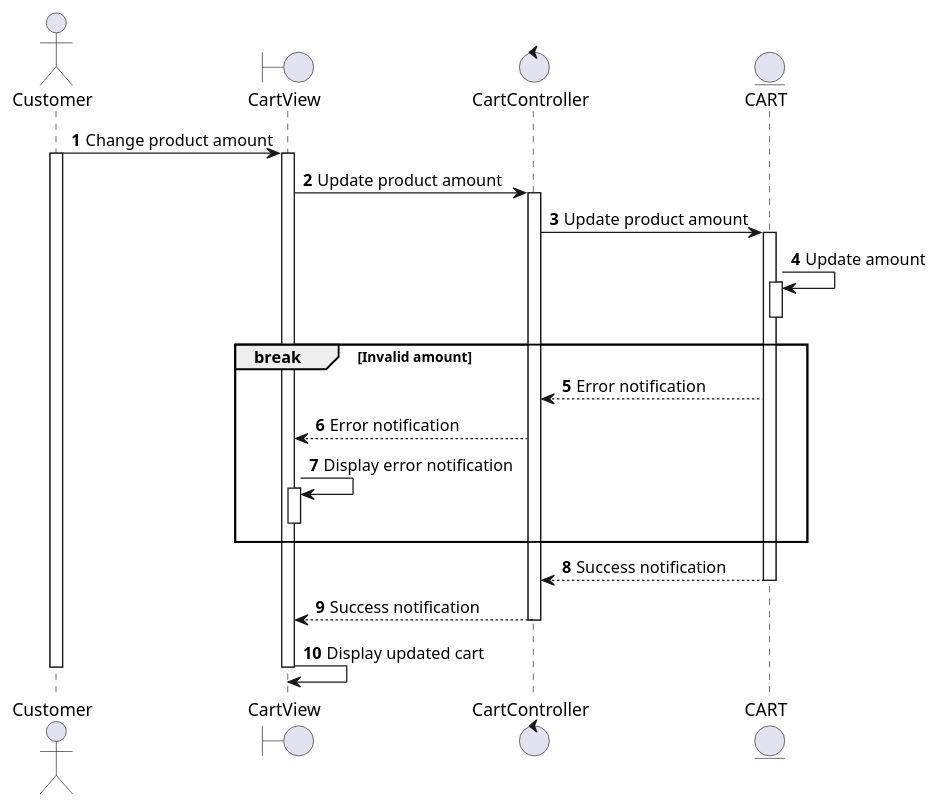
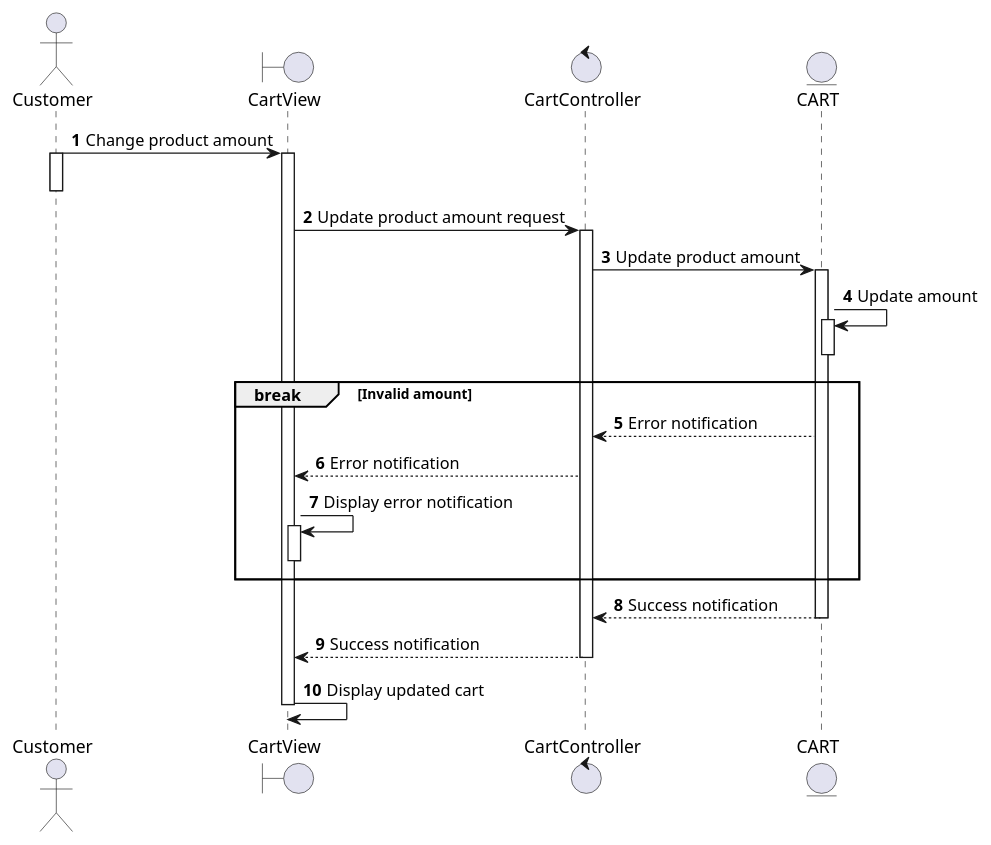
Before and after one commit to electricilies/electricilies.github.io: the diagram in docs/docs/sequence/manage-cart/change-product-amount.md, drawn with PlantUML.

Commit message:
feat(product): update product amount change workflow

````diff
--- a/docs/docs/sequence/manage-cart/change-product-amount.md
+++ b/docs/docs/sequence/manage-cart/change-product-amount.md
@@ -3,36 +3,37 @@
 ```plantuml
 @startuml
 autonumber
 
 actor Customer as C
 boundary CartView as CV
 control CartController as CC
 entity CART as Ca
 
 C -> CV: Change product amount
 activate C
+deactivate C
 activate CV
-CV -> CC: Update product amount
+CV -> CC: Update product amount request
 activate CC
 CC -> Ca: Update product amount
 activate Ca
 Ca -> Ca: Update amount
 activate Ca
 deactivate Ca
 break Invalid amount
   CC <-- Ca: Error notification
   CV <-- CC: Error notification
   CV -> CV: Display error notification
   activate CV
   deactivate CV
 end
 CC <-- Ca: Success notification
 deactivate Ca
 CV <-- CC: Success notification
 deactivate CC
 CV -> CV: Display updated cart
 deactivate CV
 deactivate C
 
 @enduml
 ```
````
